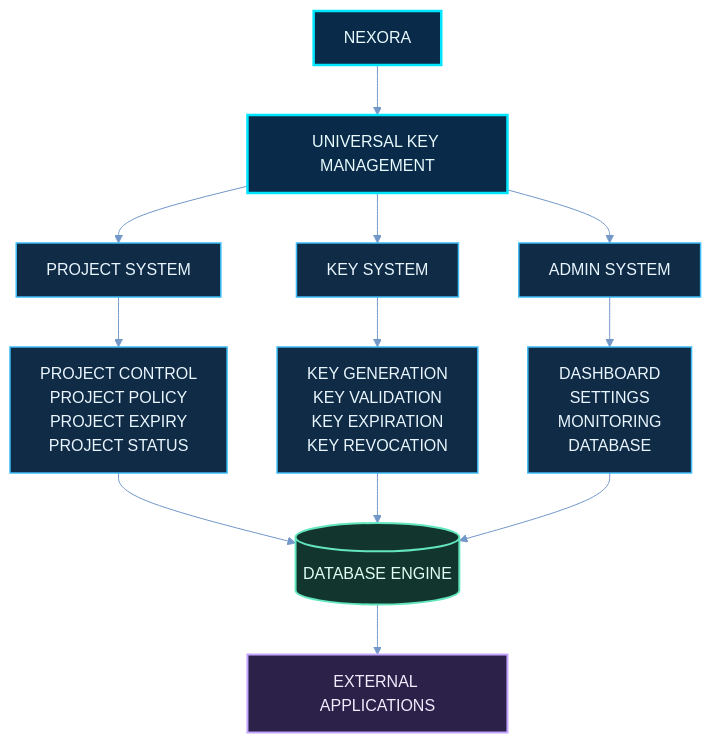
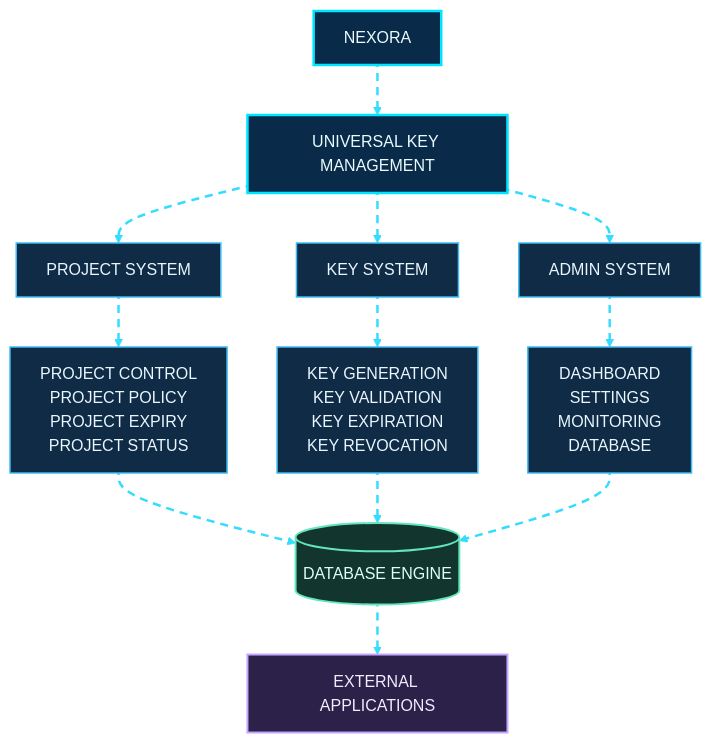
One commit to shajeduzzamanenan992008inc/NexOra-Database-key-Gen changed the first of 23 diagrams in README.md. Above: the diagram before and after it, drawn with Mermaid. The commit also changed other lines of this file, not shown here.

````diff
--- a/README.md
+++ b/README.md
@@ -154,33 +154,34 @@
 ```mermaid
 %%{init: {"theme":"base","themeVariables":{"darkMode":true,"background":"#07111f","primaryColor":"#102744","primaryTextColor":"#e8f7ff","primaryBorderColor":"#00d9ff","lineColor":"#7297c8","secondaryColor":"#261d45","secondaryTextColor":"#f3eaff","secondaryBorderColor":"#a78bfa","tertiaryColor":"#12332b","tertiaryTextColor":"#e0fff1","tertiaryBorderColor":"#41e6a2","fontFamily":"Inter, Segoe UI, sans-serif","edgeLabelBackground":"#101d34","mainBkg":"#102744","nodeBorder":"#00d9ff","clusterBkg":"#0b1930","clusterBorder":"#6f7dff","actorBkg":"#102744","actorBorder":"#00d9ff","actorTextColor":"#e8f7ff","signalColor":"#64d8ff","signalTextColor":"#e8f7ff","noteBkgColor":"#0e332b","noteBorderColor":"#41e6a2","noteTextColor":"#e0fff1"}}}%%
 flowchart TB
-    N["NEXORA"] --> U["UNIVERSAL KEY MANAGEMENT"]
-    U --> P["PROJECT SYSTEM"]
-    U --> K["KEY SYSTEM"]
-    U --> A["ADMIN SYSTEM"]
-    P --> P1["PROJECT CONTROL<br/>PROJECT POLICY<br/>PROJECT EXPIRY<br/>PROJECT STATUS"]
-    K --> K1["KEY GENERATION<br/>KEY VALIDATION<br/>KEY EXPIRATION<br/>KEY REVOCATION"]
-    A --> A1["DASHBOARD<br/>SETTINGS<br/>MONITORING<br/>DATABASE"]
-    P1 --> D[("DATABASE ENGINE")]
-    K1 --> D
-    A1 --> D
-    D --> E["EXTERNAL APPLICATIONS"]
+    N["NEXORA"] nx01e01@--> U["UNIVERSAL KEY MANAGEMENT"]
+    U nx01e02@--> P["PROJECT SYSTEM"]
+    U nx01e03@--> K["KEY SYSTEM"]
+    U nx01e04@--> A["ADMIN SYSTEM"]
+    P nx01e05@--> P1["PROJECT CONTROL<br/>PROJECT POLICY<br/>PROJECT EXPIRY<br/>PROJECT STATUS"]
+    K nx01e06@--> K1["KEY GENERATION<br/>KEY VALIDATION<br/>KEY EXPIRATION<br/>KEY REVOCATION"]
+    A nx01e07@--> A1["DASHBOARD<br/>SETTINGS<br/>MONITORING<br/>DATABASE"]
+    P1 nx01e08@--> D[("DATABASE ENGINE")]
+    K1 nx01e09@--> D
+    A1 nx01e10@--> D
+    D nx01e11@--> E["EXTERNAL APPLICATIONS"]
 
     %% OMEGA NEX-ORA visual classes
     %% OMEGA NEX-ORA / ULTRA NEON PALETTE
     classDef nxCore fill:#092b49,stroke:#00e5ff,stroke-width:2.5px,color:#e9fbff;
     classDef nxProcess fill:#102b45,stroke:#3dbcf5,stroke-width:1.5px,color:#e9f6ff;
     classDef nxDecision fill:#2b2050,stroke:#b38cff,stroke-width:2px,color:#f3edff;
     classDef nxSuccess fill:#0d3b2c,stroke:#3fffa0,stroke-width:2px,color:#e0fff0;
     classDef nxDanger fill:#451d30,stroke:#ff6688,stroke-width:2px,color:#fff0f3;
     classDef nxData fill:#12352d,stroke:#63e6be,stroke-width:2px,color:#e1fff5;
     classDef nxExternal fill:#2b2149,stroke:#c4a5ff,stroke-width:2px,color:#f3ecff;
     classDef nxInfo fill:#17253e,stroke:#91a7c9,stroke-width:1.5px,color:#e5efff;
     classDef nxWarning fill:#453116,stroke:#fbbf24,stroke-width:2px,color:#fff6d6;
     %% Moving dashed route: Mermaid applies this class to explicitly identified edges.
+    classDef nxAnimated stroke:#35dcff,stroke-width:2.5px,stroke-dasharray:8\,6,stroke-dashoffset:1000,animation:dash 24s linear infinite;
     class N,U nxCore;
     class P,K,A,P1,K1,A1 nxProcess;
     class D nxData;
     class E nxExternal;
-    class nx01e01,nx01e02,nx01e03,nx01e04,nx01e05 nxAnimated;
+    class nx01e01,nx01e02,nx01e03,nx01e04,nx01e05,nx01e06,nx01e07,nx01e08,nx01e09,nx01e10,nx01e11 nxAnimated;
 ```
````
